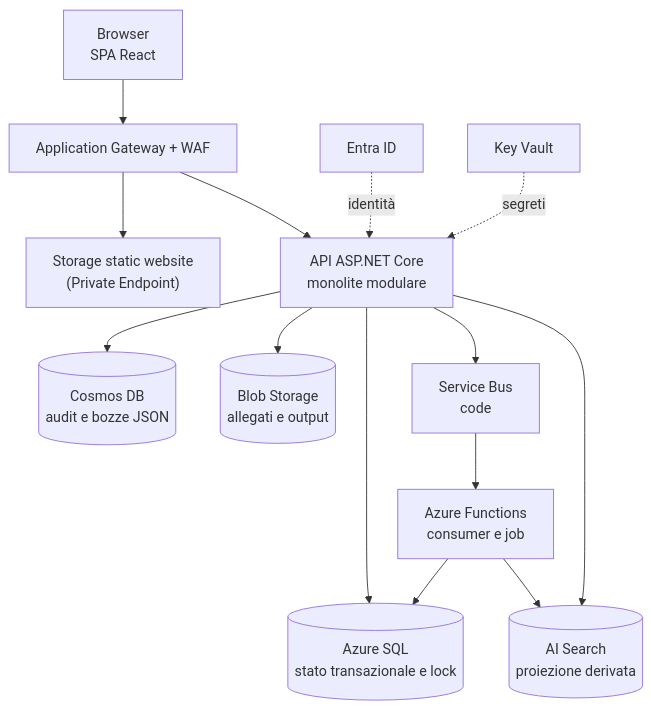
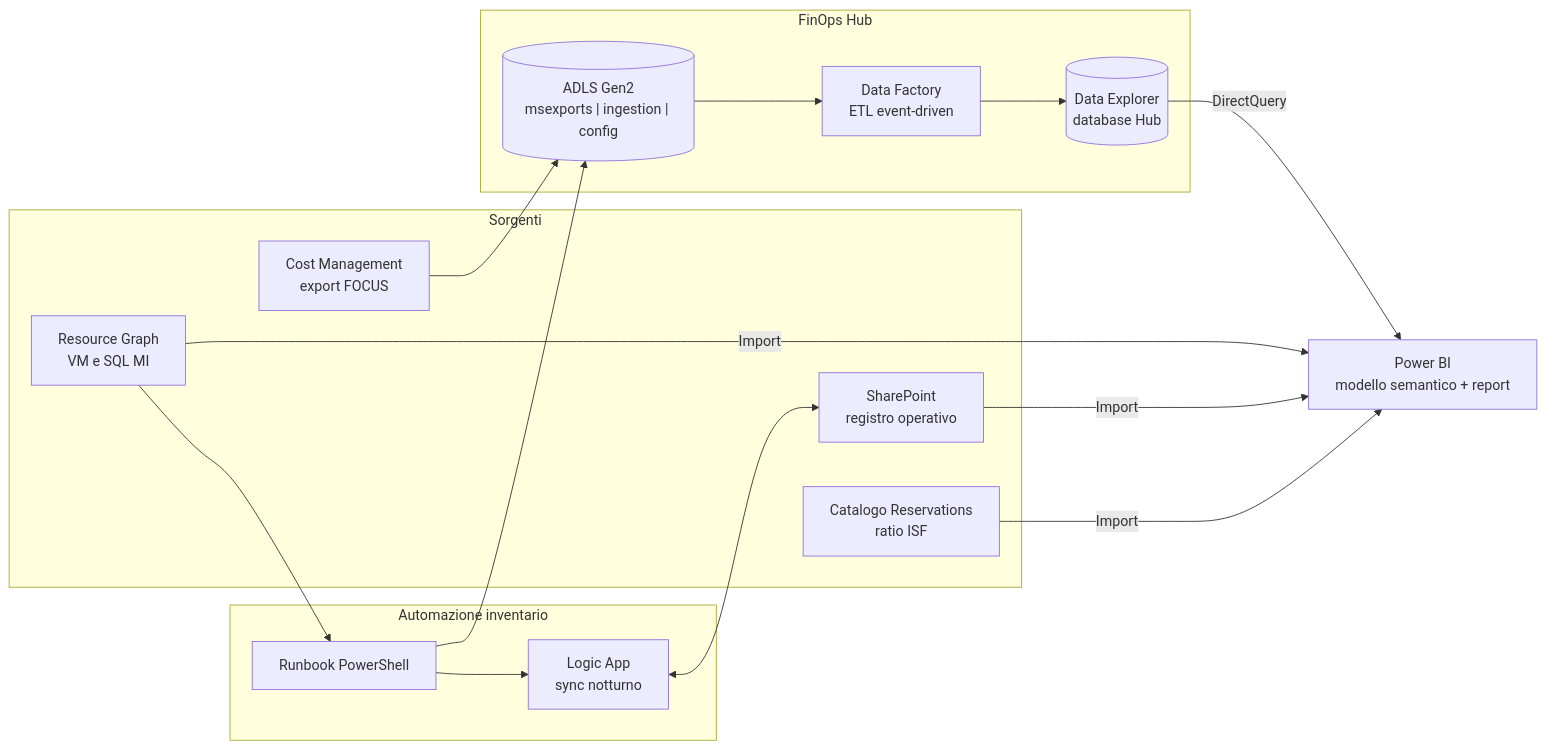
One commit to HARD-bit/azure-data-platform-case-study changed the first of 6 diagrams in README.md. Above: the diagram before and after it, drawn with Mermaid. The commit also changed other lines of this file and 14 other files, not shown here.

Commit message:
docs: replace case study with FinOps Hub data platform summary

````diff
--- a/README.md
+++ b/README.md
@@ -82,16 +69,27 @@
 ```mermaid
-flowchart TB
-    Browser["Browser<br/>SPA React"] --> GW["Application Gateway + WAF"]
-    GW --> Static["Storage static website<br/>(Private Endpoint)"]
-    GW --> API["API ASP.NET Core<br/>monolite modulare"]
-    API --> SQL[("Azure SQL<br/>stato transazionale e lock")]
-    API --> Cosmos[("Cosmos DB<br/>audit e bozze JSON")]
-    API --> Blob[("Blob Storage<br/>allegati e output")]
-    API --> Bus["Service Bus<br/>code"]
-    Bus --> Fn["Azure Functions<br/>consumer e job"]
-    Fn --> SQL
-    Fn --> Search[("AI Search<br/>proiezione derivata")]
-    API --> Search
-    Entra["Entra ID"] -. identità .-> API
-    KV["Key Vault"] -. segreti .-> API
+flowchart LR
+    subgraph Src["Sorgenti"]
+        CM["Cost Management<br/>export FOCUS"]
+        ARG["Resource Graph<br/>VM e SQL MI"]
+        SPO["SharePoint<br/>registro operativo"]
+        PUB["Catalogo Reservations<br/>ratio ISF"]
+    end
+    subgraph Hub["FinOps Hub"]
+        ADLS[("ADLS Gen2<br/>msexports | ingestion | config")]
+        ADF["Data Factory<br/>ETL event-driven"]
+        ADX[("Data Explorer<br/>database Hub")]
+    end
+    subgraph Auto["Automazione inventario"]
+        RB["Runbook PowerShell"]
+        LA["Logic App<br/>sync notturno"]
+    end
+    PBI["Power BI<br/>modello semantico + report"]
+
+    CM --> ADLS --> ADF --> ADX
+    ADX -- DirectQuery --> PBI
+    ARG --> RB --> ADLS
+    RB --> LA <--> SPO
+    ARG -- Import --> PBI
+    SPO -- Import --> PBI
+    PUB -- Import --> PBI
 ```
````
